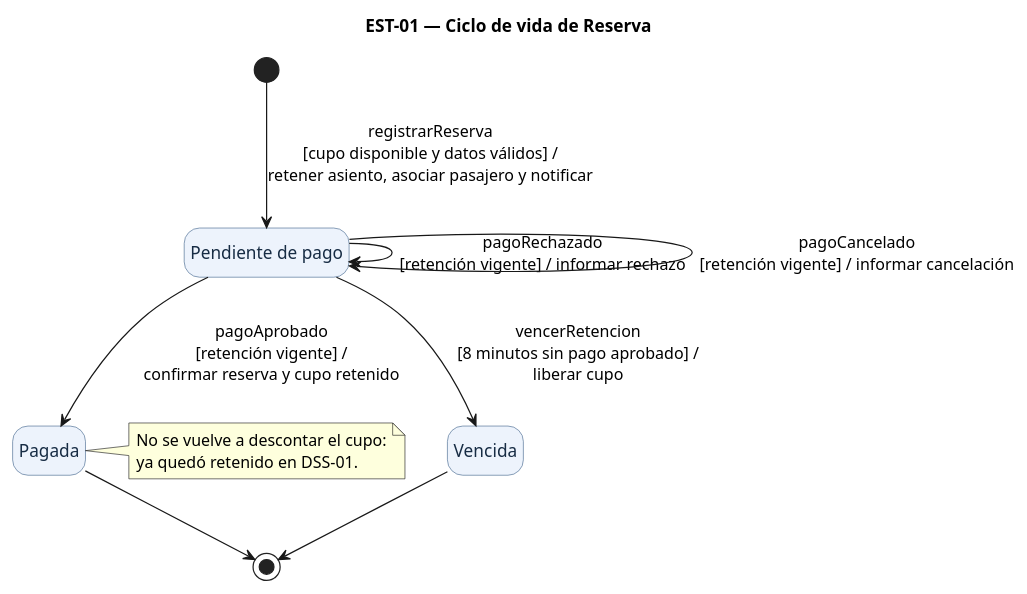
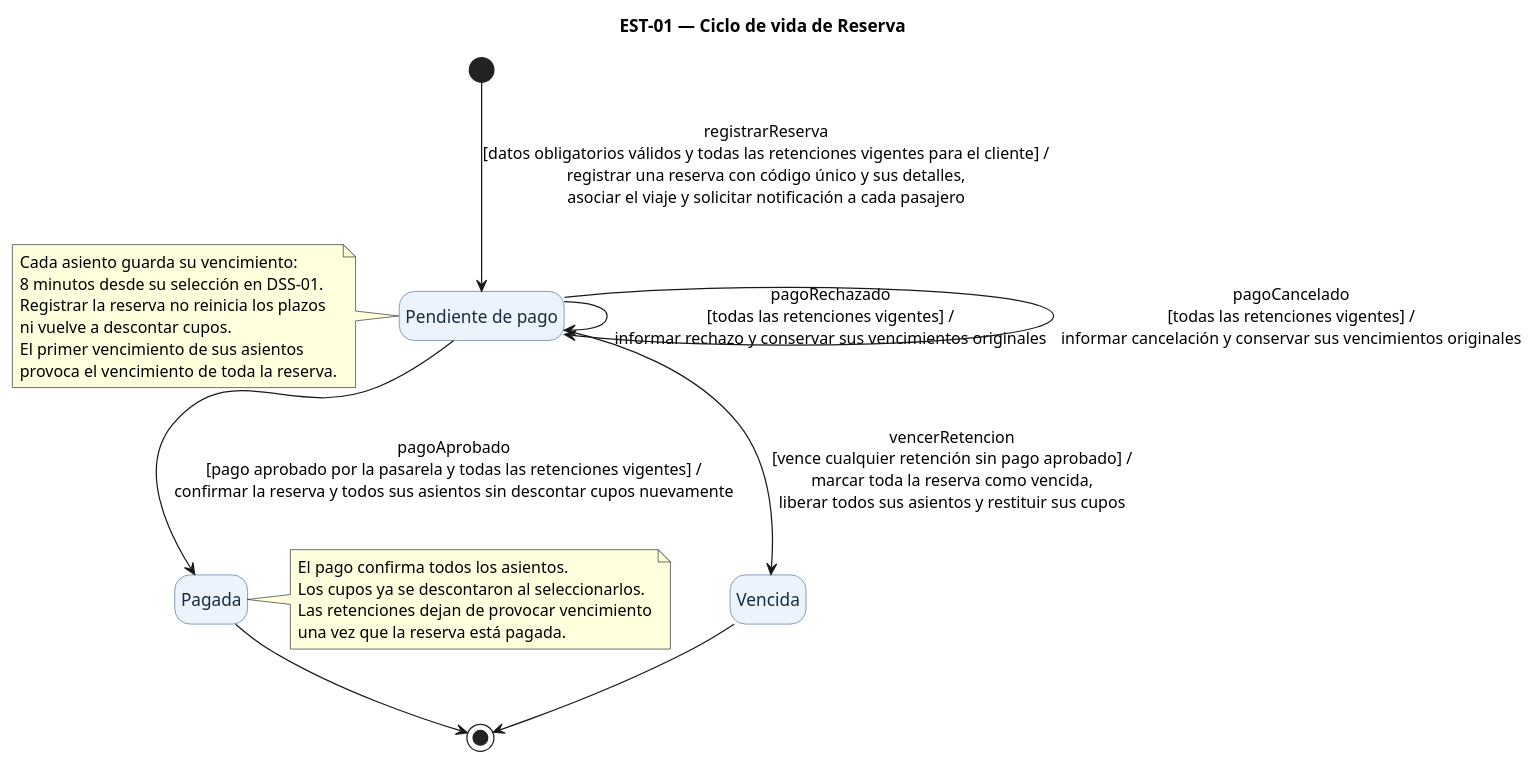
The diagram in diagramas/est-01.puml (IngReqGrupo2/Proyecto_TransporteHaciaConcierto), drawn with PlantUML before and after one commit. The commit also changed 9 other files, not shown here.

```diff
--- a/diagramas/est-01.puml
+++ b/diagramas/est-01.puml
@@ -1,30 +1,44 @@
 @startuml
 title EST-01 — Ciclo de vida de Reserva
 skinparam backgroundColor white
 skinparam shadowing false
 skinparam state {
   BackgroundColor #EDF3FC
   BorderColor #42658C
   FontColor #172C44
 }
 hide empty description
 
-[*] --> Pendiente : registrarReserva\n[cupo disponible y datos válidos] /\nretener asiento, asociar pasajero y notificar
-
 state "Pendiente de pago" as Pendiente
 state "Pagada" as Pagada
 state "Vencida" as Vencida
 
-Pendiente --> Pagada : pagoAprobado\n[retención vigente] /\nconfirmar reserva y cupo retenido
-Pendiente --> Pendiente : pagoRechazado\n[retención vigente] / informar rechazo
-Pendiente --> Pendiente : pagoCancelado\n[retención vigente] / informar cancelación
-Pendiente --> Vencida : vencerRetencion\n[8 minutos sin pago aprobado] /\nliberar cupo
+[*] --> Pendiente : registrarReserva\n[datos obligatorios válidos y todas las retenciones vigentes para el cliente] /\nregistrar una reserva con código único y sus detalles,\nasociar el viaje y solicitar notificación a cada pasajero
+
+Pendiente --> Pagada : pagoAprobado\n[pago aprobado por la pasarela y todas las retenciones vigentes] /\nconfirmar la reserva y todos sus asientos sin descontar cupos nuevamente
+
+Pendiente --> Pendiente : pagoRechazado\n[todas las retenciones vigentes] /\ninformar rechazo y conservar sus vencimientos originales
+
+Pendiente --> Pendiente : pagoCancelado\n[todas las retenciones vigentes] /\ninformar cancelación y conservar sus vencimientos originales
+
+Pendiente --> Vencida : vencerRetencion\n[vence cualquier retención sin pago aprobado] /\nmarcar toda la reserva como vencida,\nliberar todos sus asientos y restituir sus cupos
 
 Pagada --> [*]
 Vencida --> [*]
 
+note left of Pendiente
+  Cada asiento guarda su vencimiento:
+  8 minutos desde su selección en DSS-01.
+  Registrar la reserva no reinicia los plazos
+  ni vuelve a descontar cupos.
+  El primer vencimiento de sus asientos
+  provoca el vencimiento de toda la reserva.
+end note
+
 note right of Pagada
-  No se vuelve a descontar el cupo:
-  ya quedó retenido en DSS-01.
+  El pago confirma todos los asientos.
+  Los cupos ya se descontaron al seleccionarlos.
+  Las retenciones dejan de provocar vencimiento
+  una vez que la reserva está pagada.
 end note
 @enduml
```
